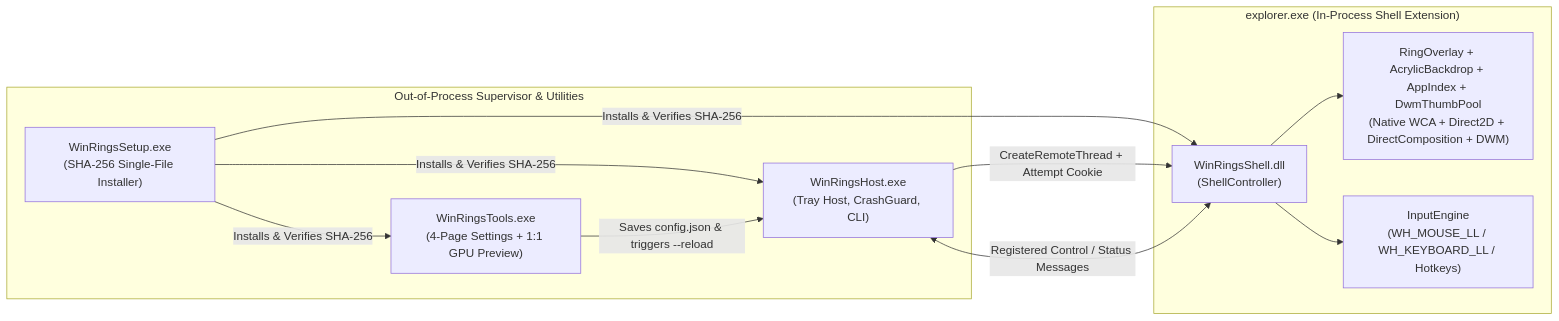
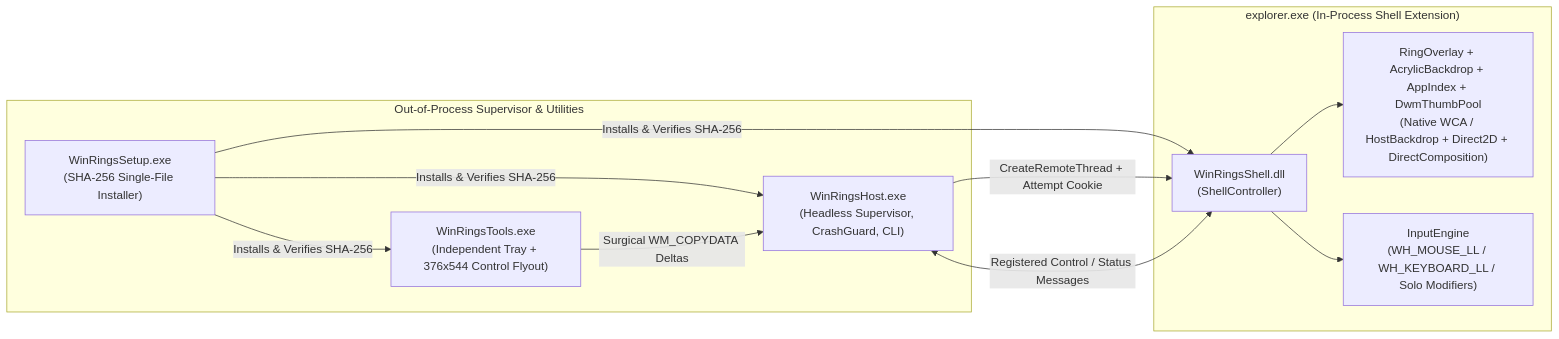
Before and after one commit to AhmadotEng/WinRings: the diagram in README.md, drawn with Mermaid. The commit also changed other lines of this file and 38 other files, not shown here.

Commit message:
Release v3.1.0: Multi-Profile Rings, Direct2D Tray Flyout, Hidden Search Pins & Win-Chord Recovery

````diff
--- a/README.md
+++ b/README.md
@@ -66,23 +68,23 @@
 ```mermaid
 flowchart LR
     subgraph UserSpace["Out-of-Process Supervisor & Utilities"]
-        Host["WinRingsHost.exe<br/>(Tray Host, CrashGuard, CLI)"]
-        Tools["WinRingsTools.exe<br/>(4-Page Settings + 1:1 GPU Preview)"]
+        Host["WinRingsHost.exe<br/>(Headless Supervisor, CrashGuard, CLI)"]
+        Tools["WinRingsTools.exe<br/>(Independent Tray + 376x544 Control Flyout)"]
         Setup["WinRingsSetup.exe<br/>(SHA-256 Single-File Installer)"]
     end
 
     subgraph ExplorerProc["explorer.exe (In-Process Shell Extension)"]
         Shell["WinRingsShell.dll<br/>(ShellController)"]
-        Ring["RingOverlay + AcrylicBackdrop + AppIndex + DwmThumbPool<br/>(Native WCA + Direct2D + DirectComposition + DWM)"]
-        Input["InputEngine<br/>(WH_MOUSE_LL / WH_KEYBOARD_LL / Hotkeys)"]
+        Ring["RingOverlay + AcrylicBackdrop + AppIndex + DwmThumbPool<br/>(Native WCA / HostBackdrop + Direct2D + DirectComposition)"]
+        Input["InputEngine<br/>(WH_MOUSE_LL / WH_KEYBOARD_LL / Solo Modifiers)"]
     end
 
     Setup -->|Installs & Verifies SHA-256| Host
     Setup -->|Installs & Verifies SHA-256| Shell
     Setup -->|Installs & Verifies SHA-256| Tools
     Host -->|CreateRemoteThread + Attempt Cookie| Shell
     Host <-->|Registered Control / Status Messages| Shell
-    Tools -->|Saves config.json & triggers --reload| Host
+    Tools -->|Surgical WM_COPYDATA Deltas| Host
     Shell --> Ring
     Shell --> Input
 ```
````
